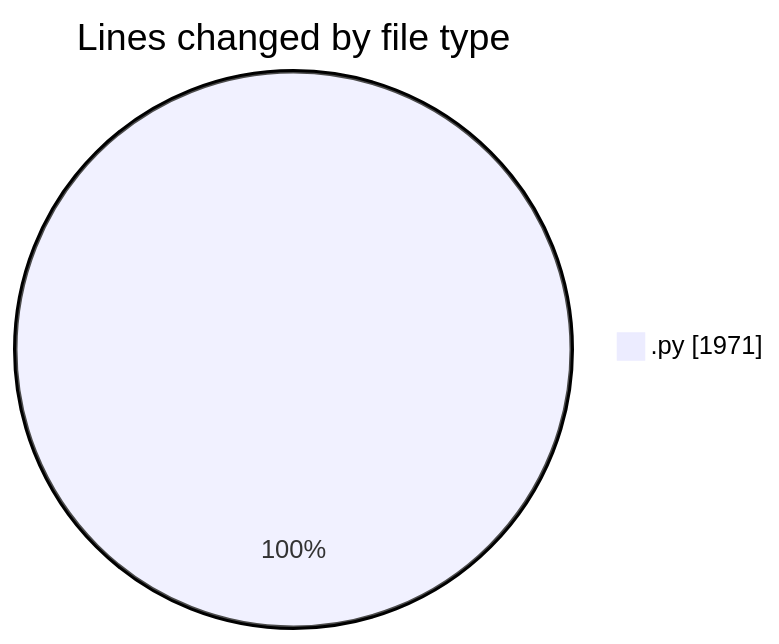
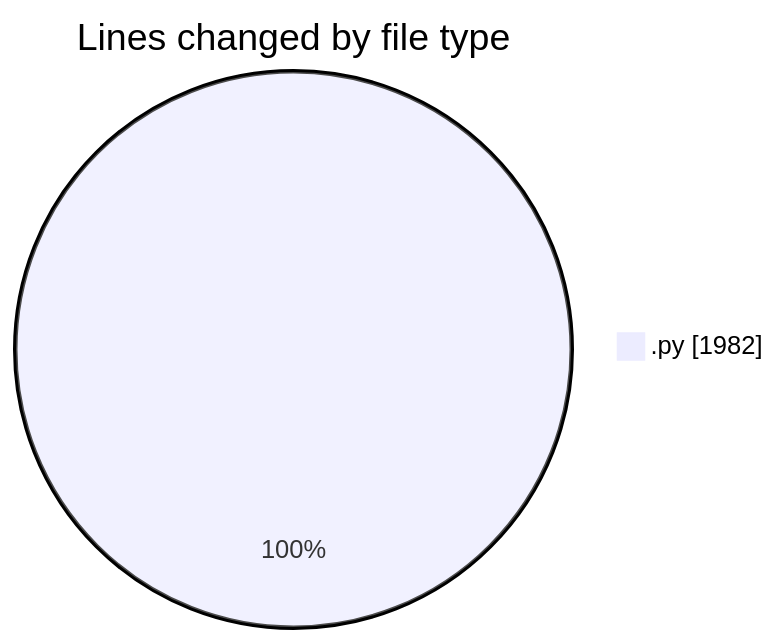
Before and after one commit to julien-gomy/code-tracking: the first of 2 diagrams in 2025-10-23/eventscop-api-guide__workspace_/README.md, drawn with Mermaid. The commit also changed other lines of this file and 1 other file, not shown here.

````diff
--- a/2025-10-23/eventscop-api-guide__workspace_/README.md
+++ b/2025-10-23/eventscop-api-guide__workspace_/README.md
@@ -22,5 +22,5 @@
 ```mermaid
 pie showData
 title Lines changed by file type
-".py" : 1971
+".py" : 1982
 ```
````
